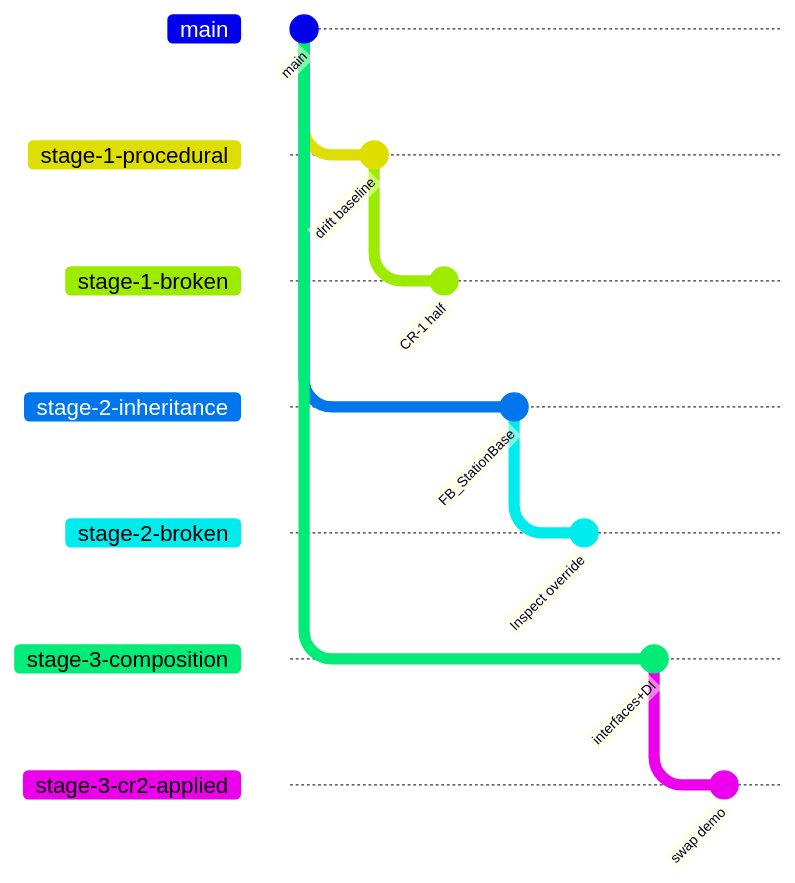
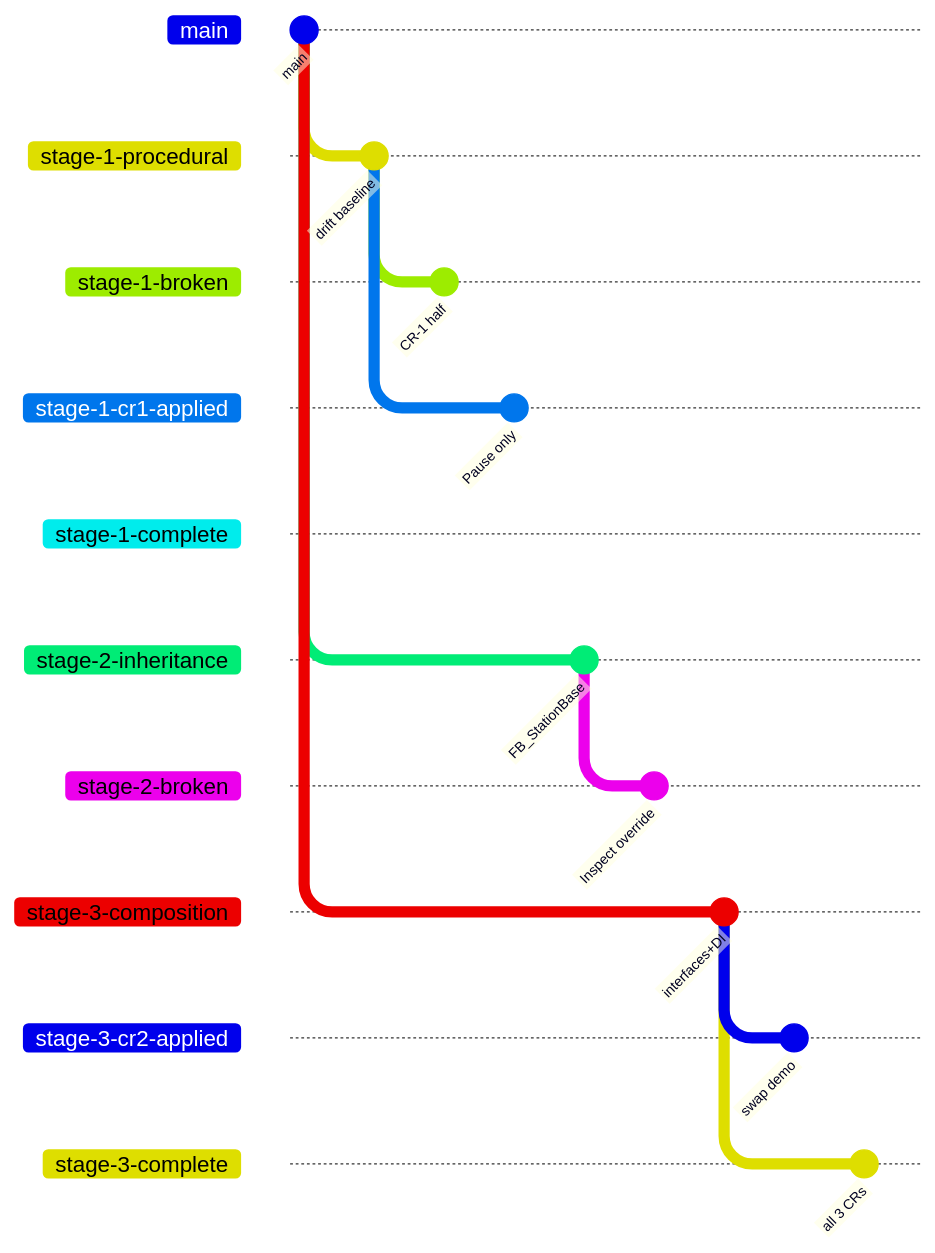
One commit to Beckhoff-USA-Community/Procedural_To_SOLID changed the diagram in docs/getting-started.md. Above: the diagram before and after it, drawn with Mermaid. The commit also changed other lines of this file and 7 other files, not shown here.

````diff
--- a/docs/getting-started.md
+++ b/docs/getting-started.md
@@ -33,18 +50,27 @@
 ```mermaid
 gitGraph
    commit id: "main"
    branch stage-1-procedural
    commit id: "drift baseline"
    branch stage-1-broken
    commit id: "CR-1 half"
+   checkout stage-1-procedural
+   branch stage-1-cr1-applied
+   commit id: "Pause only"
+   checkout stage-1-procedural
+   branch stage-1-complete
+   commit id: "all 3 CRs"
    checkout main
    branch stage-2-inheritance
    commit id: "FB_StationBase"
    branch stage-2-broken
    commit id: "Inspect override"
    checkout main
    branch stage-3-composition
    commit id: "interfaces+DI"
    branch stage-3-cr2-applied
    commit id: "swap demo"
+   checkout stage-3-composition
+   branch stage-3-complete
+   commit id: "all 3 CRs"
 ```
````
